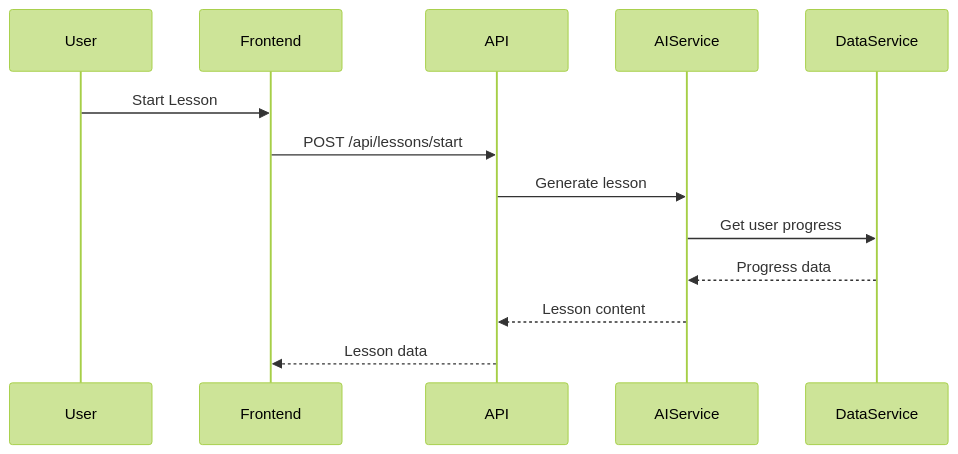
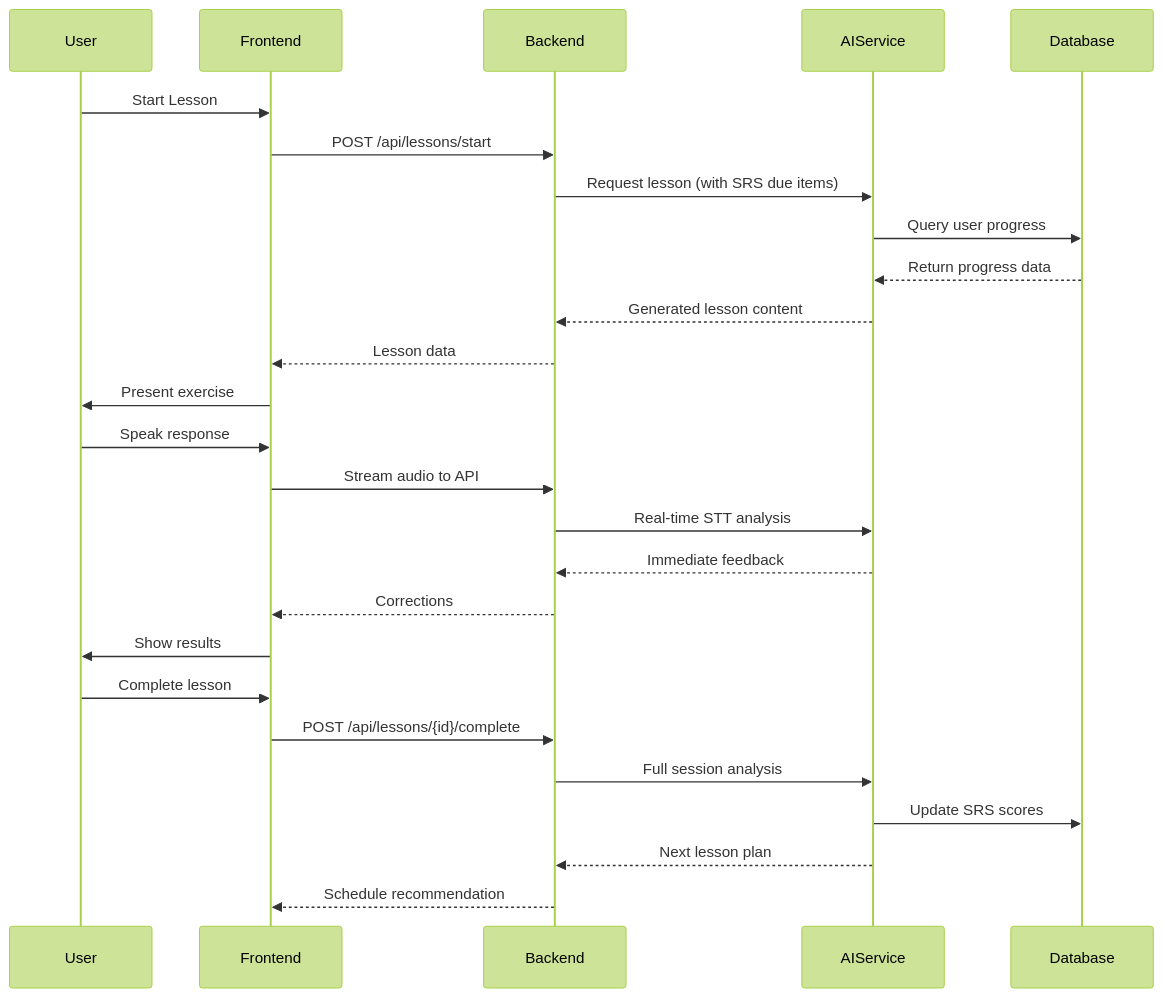
One commit to NikKowPHP/lessay-cline changed the fourth of 5 diagrams in documentation/templates/technical_design_template.md. Above: the diagram before and after it, drawn with Mermaid (forest theme). The commit also changed other lines of this file and 18 other files, not shown here.

````diff
--- a/documentation/templates/technical_design_template.md
+++ b/documentation/templates/technical_design_template.md
@@ -54,10 +102,29 @@
 ```mermaid
 sequenceDiagram
-    User->>Frontend: Start Lesson
-    Frontend->>API: POST /api/lessons/start
-    API->>AIService: Generate lesson
-    AIService->>DataService: Get user progress
-    DataService-->>AIService: Progress data
-    AIService-->>API: Lesson content
-    API-->>Frontend: Lesson data
+    participant U as User
+    participant F as Frontend
+    participant B as Backend
+    participant AI as AIService
+    participant DB as Database
+    
+    U->>F: Start Lesson
+    F->>B: POST /api/lessons/start
+    B->>AI: Request lesson (with SRS due items)
+    AI->>DB: Query user progress
+    DB-->>AI: Return progress data
+    AI-->>B: Generated lesson content
+    B-->>F: Lesson data
+    F->>U: Present exercise
+    U->>F: Speak response
+    F->>B: Stream audio to API
+    B->>AI: Real-time STT analysis
+    AI-->>B: Immediate feedback
+    B-->>F: Corrections
+    F->>U: Show results
+    U->>F: Complete lesson
+    F->>B: POST /api/lessons/{id}/complete
+    B->>AI: Full session analysis
+    AI->>DB: Update SRS scores
+    AI-->>B: Next lesson plan
+    B-->>F: Schedule recommendation
 ```
````
